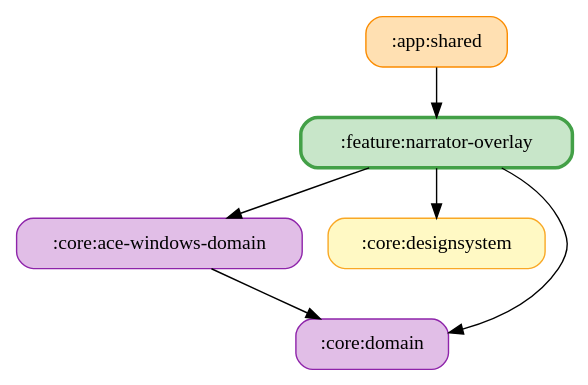
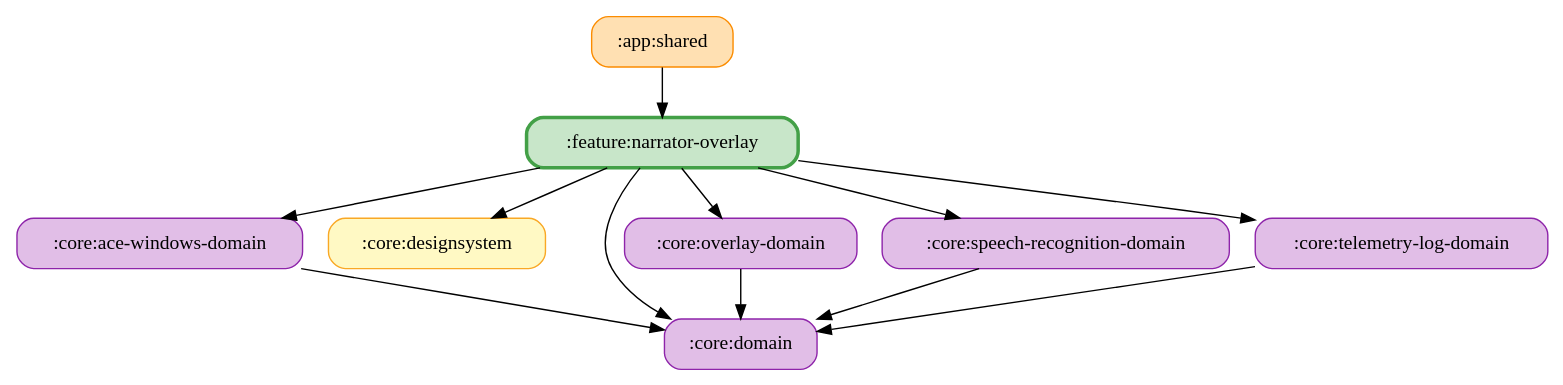
Before and after one commit to ai-kurou/KoDriver: the diagram in docs/graphs/feature-narrator-overlay.gv, drawn with Graphviz. The commit also changed 1047 other files, not shown here.

```diff
--- a/docs/graphs/feature-narrator-overlay.gv
+++ b/docs/graphs/feature-narrator-overlay.gv
@@ -1,14 +1,23 @@
 digraph G {
   rankdir=TB
   node [shape=box, style="rounded,filled"]
   ":app:shared" [fillcolor="#FFE0B2", color="#FB8C00", penwidth=1]
   ":core:ace-windows-domain" [fillcolor="#E1BEE7", color="#8E24AA", penwidth=1]
   ":core:designsystem" [fillcolor="#FFF9C4", color="#F9A825", penwidth=1]
   ":core:domain" [fillcolor="#E1BEE7", color="#8E24AA", penwidth=1]
+  ":core:overlay-domain" [fillcolor="#E1BEE7", color="#8E24AA", penwidth=1]
+  ":core:speech-recognition-domain" [fillcolor="#E1BEE7", color="#8E24AA", penwidth=1]
+  ":core:telemetry-log-domain" [fillcolor="#E1BEE7", color="#8E24AA", penwidth=1]
   ":feature:narrator-overlay" [fillcolor="#C8E6C9", color="#43A047", penwidth=2.5]
   ":app:shared" -> ":feature:narrator-overlay"
   ":core:ace-windows-domain" -> ":core:domain"
+  ":core:overlay-domain" -> ":core:domain"
+  ":core:speech-recognition-domain" -> ":core:domain"
+  ":core:telemetry-log-domain" -> ":core:domain"
   ":feature:narrator-overlay" -> ":core:domain"
   ":feature:narrator-overlay" -> ":core:designsystem"
+  ":feature:narrator-overlay" -> ":core:overlay-domain"
+  ":feature:narrator-overlay" -> ":core:telemetry-log-domain"
+  ":feature:narrator-overlay" -> ":core:speech-recognition-domain"
   ":feature:narrator-overlay" -> ":core:ace-windows-domain"
 }
```
